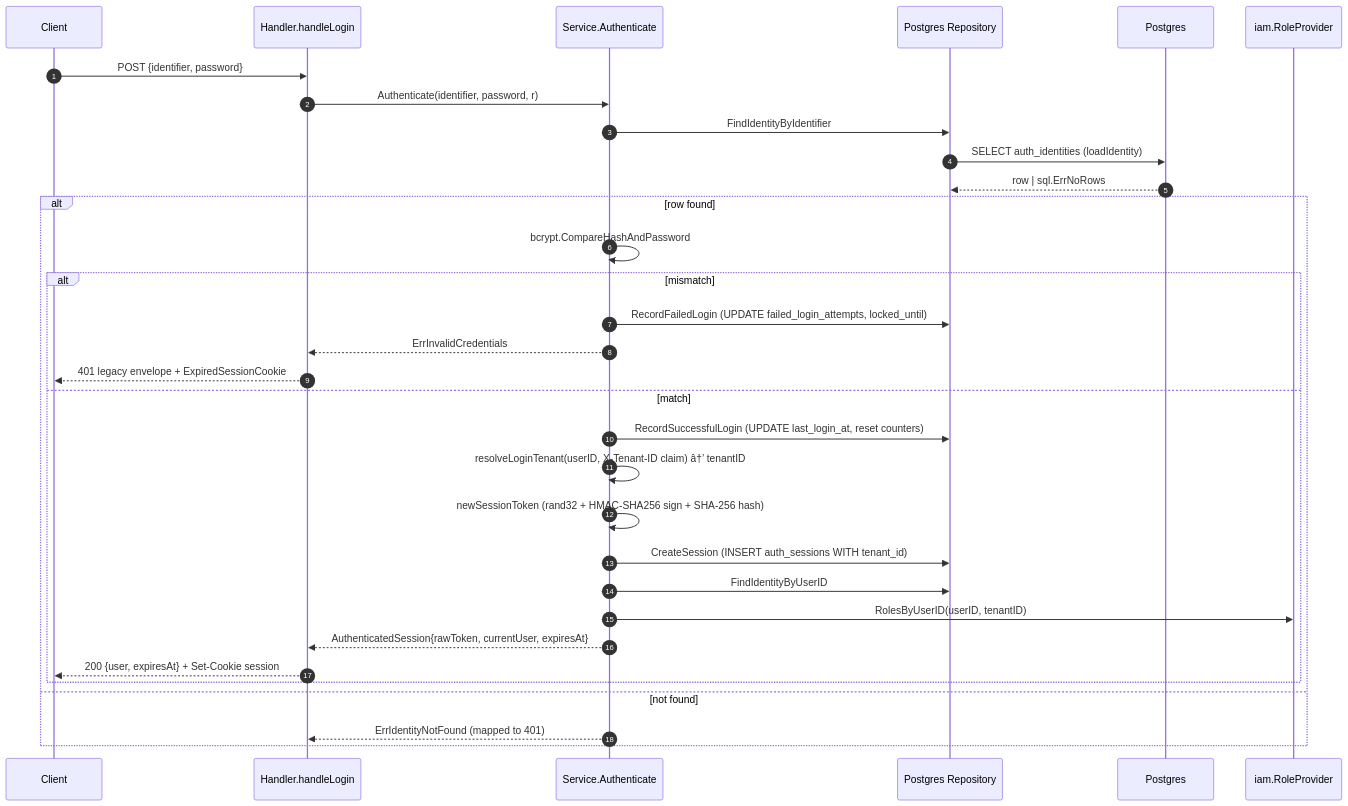
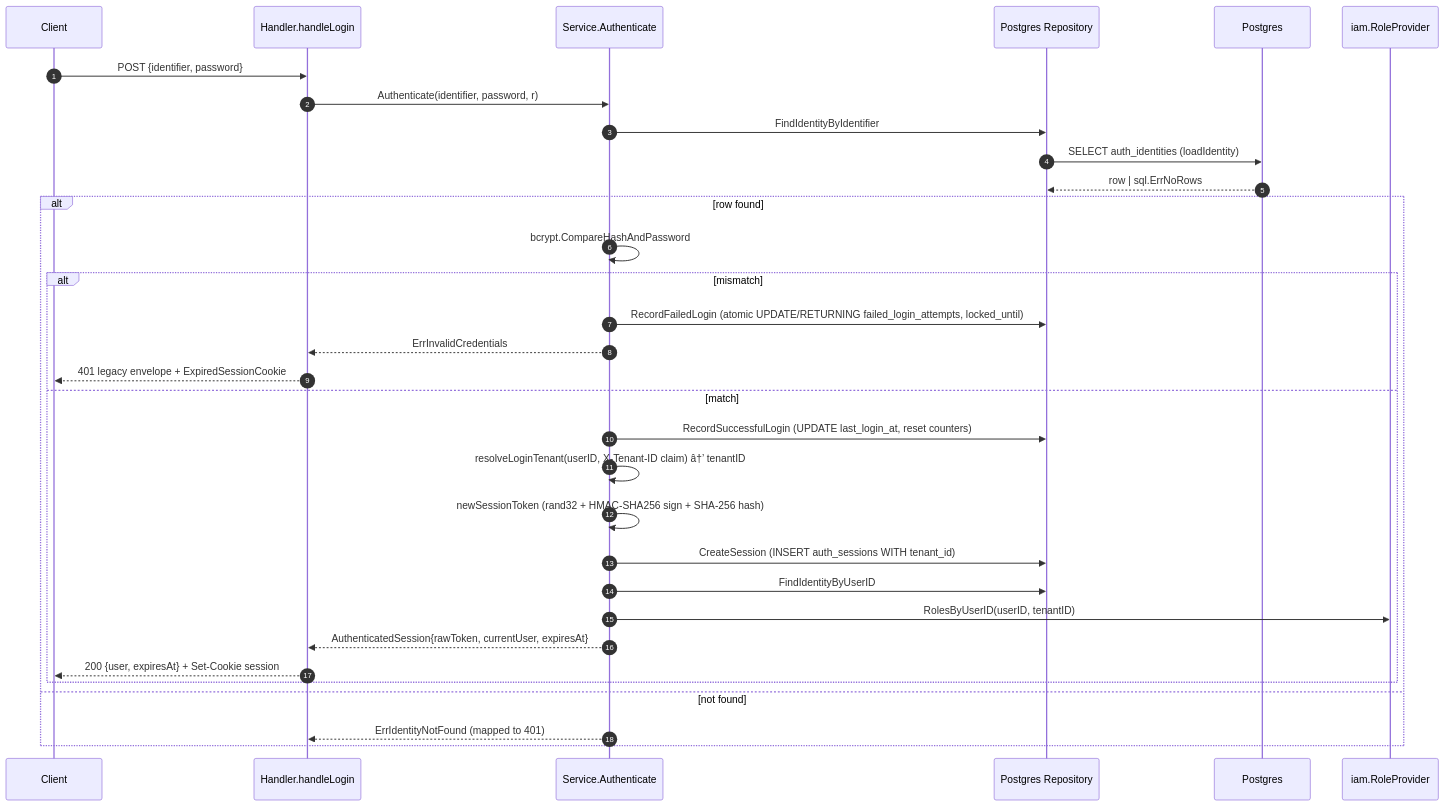
The third of 5 diagrams in wiki/modules/auth.md (developmentconexus-ops/MetalDocs), drawn with Mermaid before and after one commit. The commit also changed other lines of this file and 10 other files, not shown here.

````diff
--- a/wiki/modules/auth.md
+++ b/wiki/modules/auth.md
@@ -211,34 +213,34 @@
 ```mermaid
 sequenceDiagram
     autonumber
     participant C as Client
     participant H as Handler.handleLogin
     participant S as Service.Authenticate
     participant R as Postgres Repository
     participant DB as Postgres
     participant IAM as iam.RoleProvider
     C->>H: POST {identifier, password}
     H->>S: Authenticate(identifier, password, r)
     S->>R: FindIdentityByIdentifier
     R->>DB: SELECT auth_identities (loadIdentity)
     DB-->>R: row | sql.ErrNoRows
     alt row found
         S->>S: bcrypt.CompareHashAndPassword
         alt mismatch
-            S->>R: RecordFailedLogin (UPDATE failed_login_attempts, locked_until)
+            S->>R: RecordFailedLogin (atomic UPDATE/RETURNING failed_login_attempts, locked_until)
             S-->>H: ErrInvalidCredentials
             H-->>C: 401 legacy envelope + ExpiredSessionCookie
         else match
             S->>R: RecordSuccessfulLogin (UPDATE last_login_at, reset counters)
             S->>S: resolveLoginTenant(userID, X-Tenant-ID claim) â†’ tenantID
             S->>S: newSessionToken (rand32 + HMAC-SHA256 sign + SHA-256 hash)
             S->>R: CreateSession (INSERT auth_sessions WITH tenant_id)
             S->>R: FindIdentityByUserID
             S->>IAM: RolesByUserID(userID, tenantID)
             S-->>H: AuthenticatedSession{rawToken, currentUser, expiresAt}
             H-->>C: 200 {user, expiresAt} + Set-Cookie session
         end
     else not found
         S-->>H: ErrIdentityNotFound (mapped to 401)
     end
 ```
````
